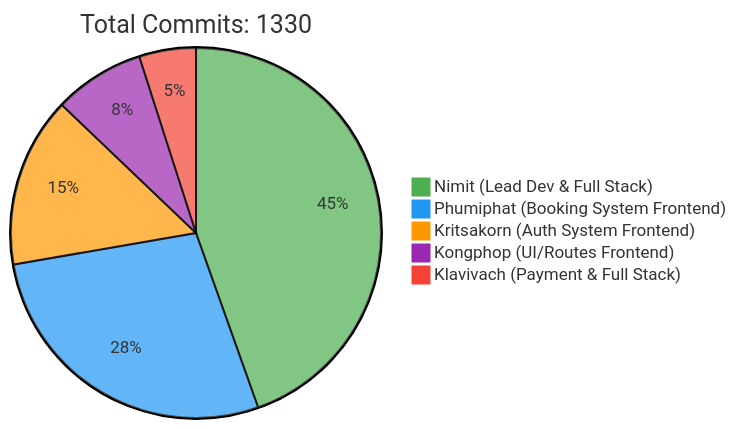
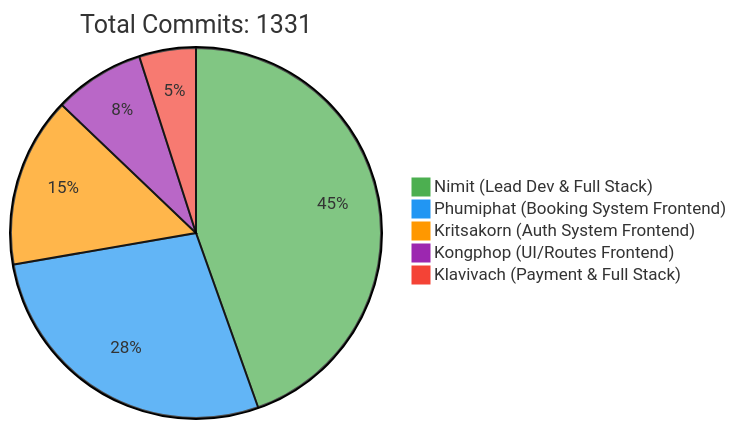
One commit to 6531503042/Sport-Complex changed the first of 2 diagrams in README.md. Above: the diagram before and after it, drawn with Mermaid. The commit also changed other lines of this file, not shown here.

Commit message:
docs: Update contributor statistics [skip ci]

````diff
--- a/README.md
+++ b/README.md
@@ -257,10 +257,10 @@
 ```mermaid
 %%{init: {'theme': 'base', 'themeVariables': { 'pie1': '#4CAF50', 'pie2': '#2196F3', 'pie3': '#FF9800', 'pie4': '#9C27B0', 'pie5': '#F44336'}}}%%
 pie
-    title Total Commits: 1330
+    title Total Commits: 1331
     "Nimit (Lead Dev & Full Stack)" : 450
     "Phumiphat (Booking System Frontend)" : 280
     "Kritsakorn (Auth System Frontend)" : 150
     "Kongphop (UI/Routes Frontend)" : 80
     "Klavivach (Payment & Full Stack)" : 50
 ```
````
